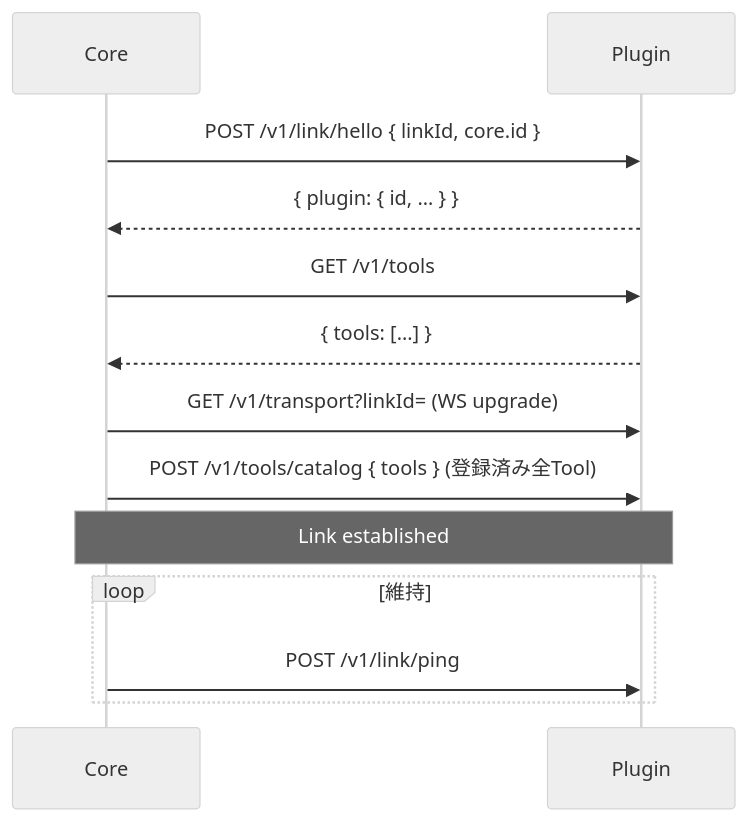
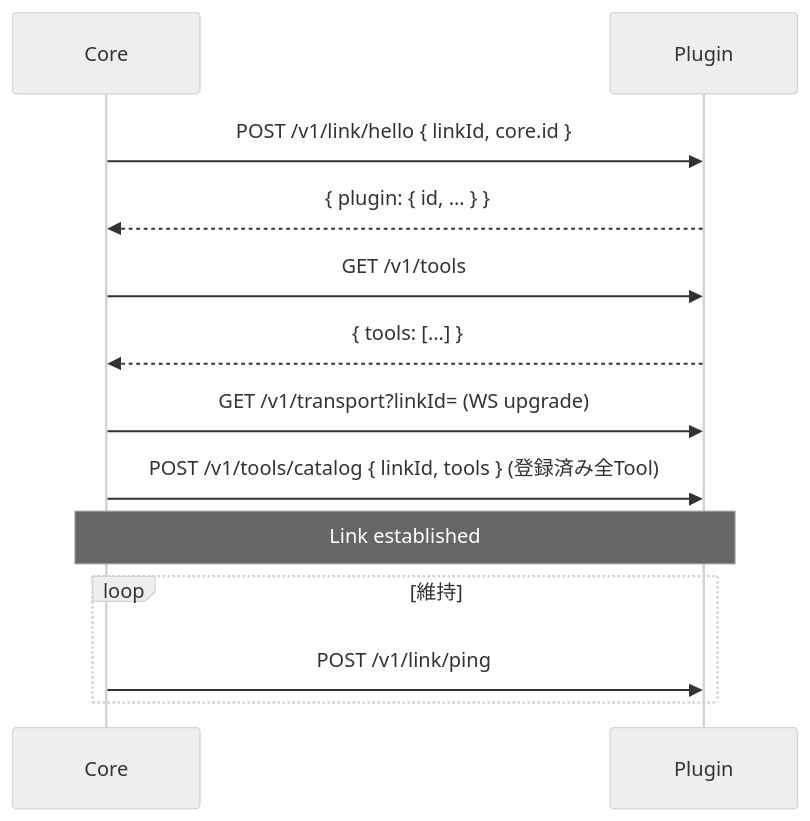
One commit to naatin777/plugumi changed the second of 2 diagrams in docs/contracts/00001-core-plugin-transport.md. Above: the diagram before and after it, drawn with Mermaid (neutral theme). The commit also changed other lines of this file and 117 other files, not shown here.

````diff
--- a/docs/contracts/00001-core-plugin-transport.md
+++ b/docs/contracts/00001-core-plugin-transport.md
@@ -155,16 +200,16 @@
 ```mermaid
 sequenceDiagram
     participant Core
     participant Plugin
 
     Core->>Plugin: POST /v1/link/hello { linkId, core.id }
     Plugin-->>Core: { plugin: { id, … } }
     Core->>Plugin: GET /v1/tools
     Plugin-->>Core: { tools: […] }
     Core->>Plugin: GET /v1/transport?linkId= (WS upgrade)
-    Core->>Plugin: POST /v1/tools/catalog { tools } (登録済み全Tool)
+    Core->>Plugin: POST /v1/tools/catalog { linkId, tools } (登録済み全Tool)
     Note over Core,Plugin: Link established
     loop 維持
         Core->>Plugin: POST /v1/link/ping
     end
 ```
````
